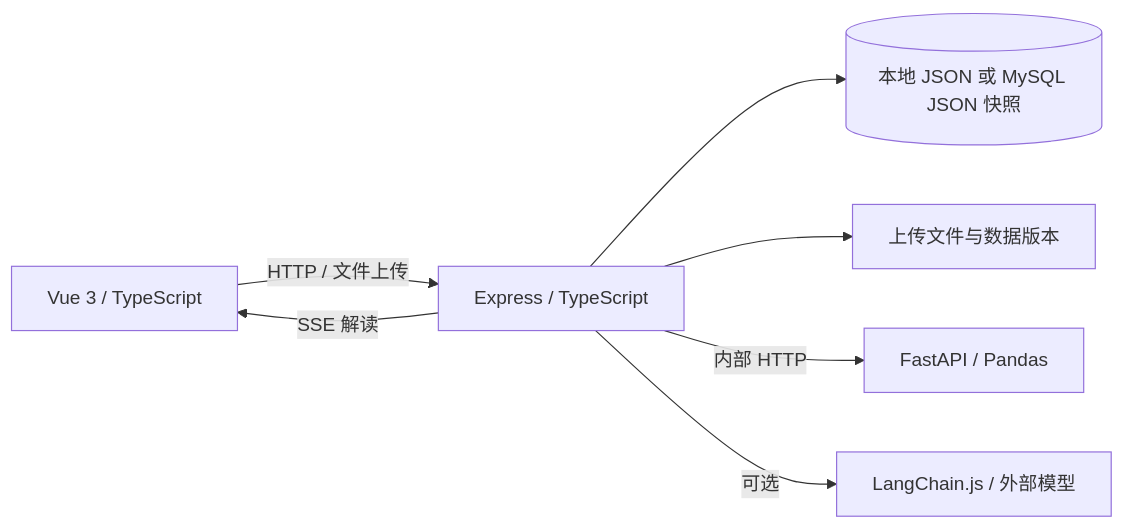
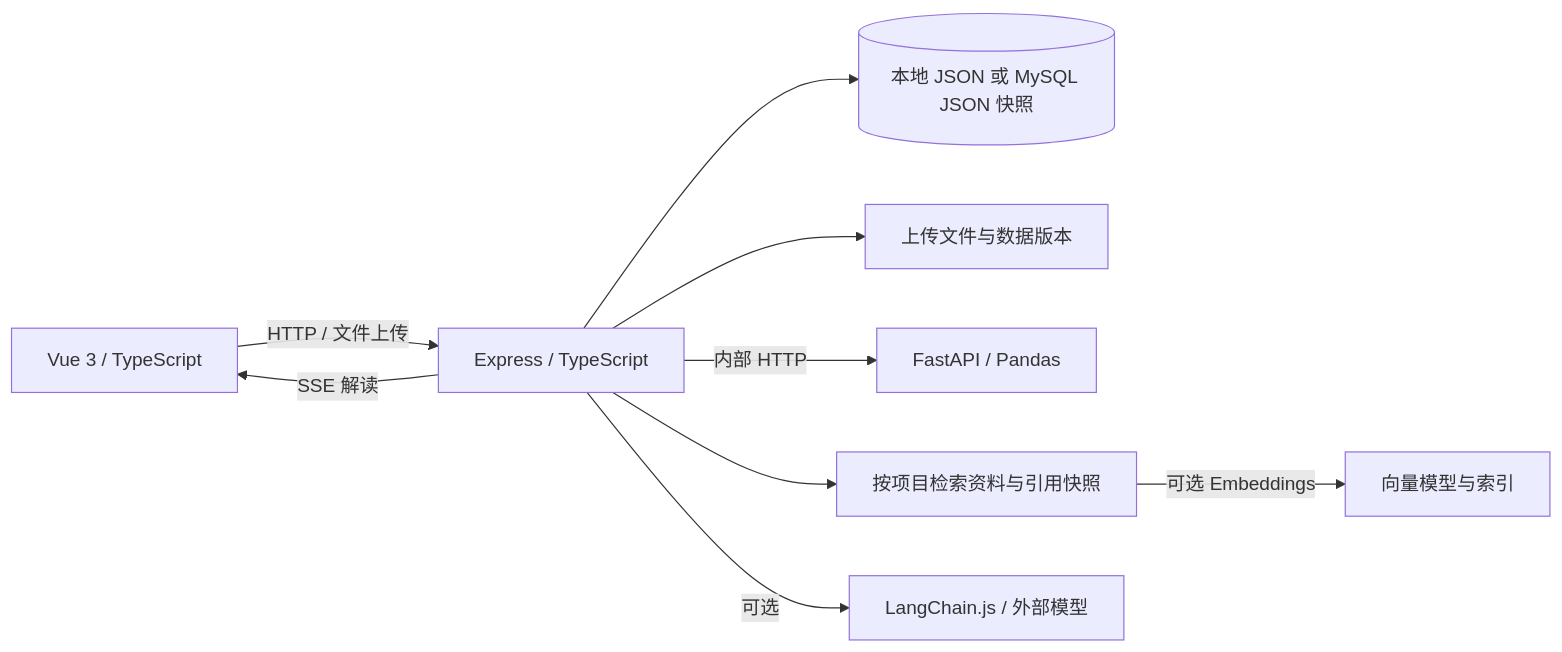
The diagram in README.md (tao706/ai-data-workbench-open-source), drawn with Mermaid before and after one commit. The commit also changed other lines of this file and 21 other files, not shown here.

````diff
--- a/README.md
+++ b/README.md
@@ -78,9 +86,11 @@
 ```mermaid
 flowchart LR
   Browser[Vue 3 / TypeScript] -->|HTTP / 文件上传| API[Express / TypeScript]
   API --> Store[(本地 JSON 或 MySQL JSON 快照)]
   API --> Files[上传文件与数据版本]
   API -->|内部 HTTP| Analysis[FastAPI / Pandas]
+  API --> Retrieval[按项目检索资料与引用快照]
+  Retrieval -->|可选 Embeddings| Vectors[向量模型与索引]
   API -->|可选| Model[LangChain.js / 外部模型]
   API -->|SSE 解读| Browser
 ```
````
